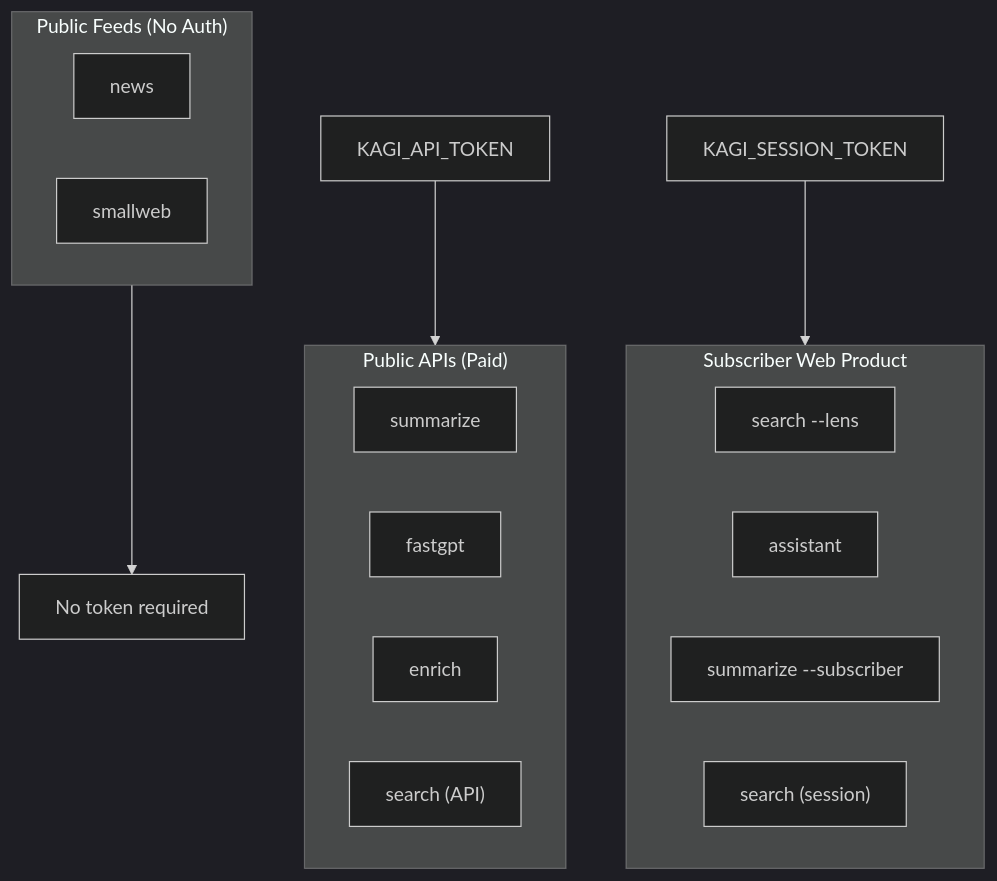
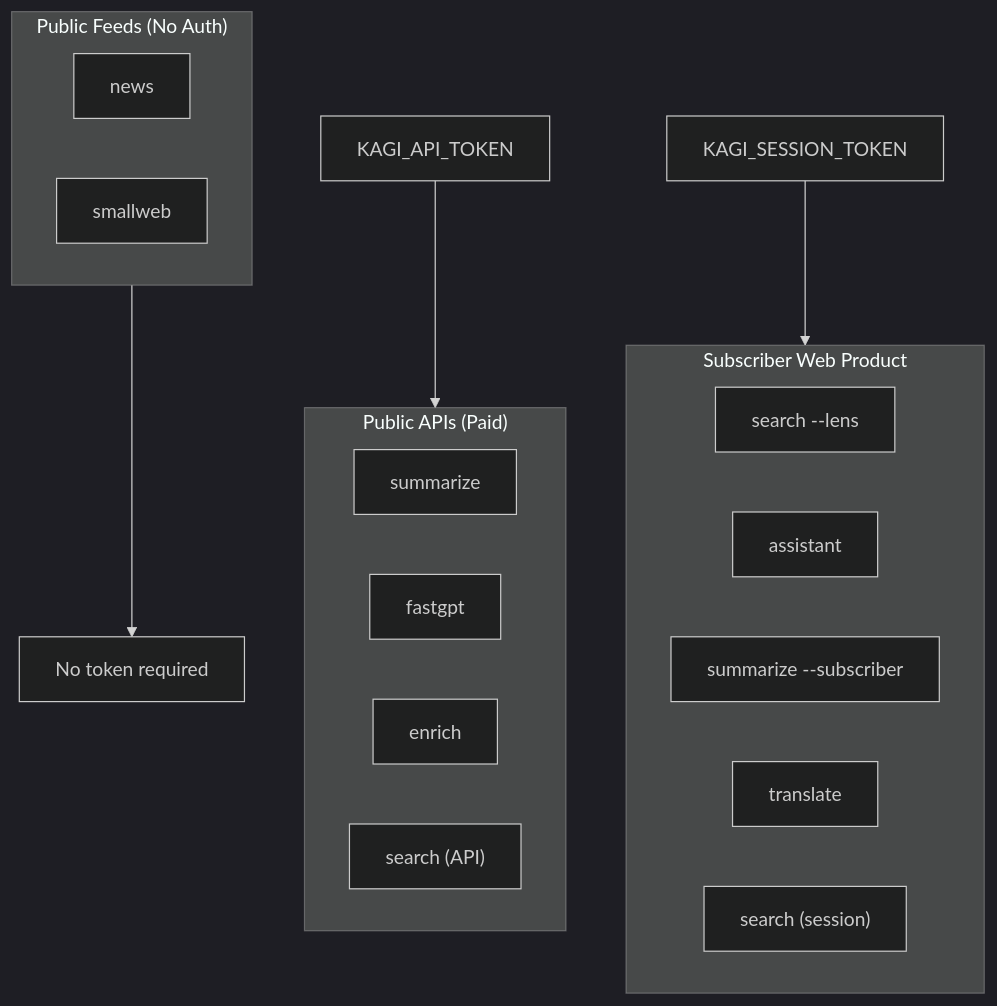
The diagram in docs/index.mdx (Microck/kagi-cli), drawn with Mermaid (dark theme) before and after one commit. The commit also changed other lines of this file and 15 other files, not shown here.

````diff
--- a/docs/index.mdx
+++ b/docs/index.mdx
@@ -96,25 +99,26 @@
 ```mermaid
 flowchart TB
     subgraph PublicAPIs["Public APIs (Paid)"]
         api1["summarize"]
         api2["fastgpt"]
         api3["enrich"]
         api4["search (API)"]
     end
     
     subgraph SubscriberWeb["Subscriber Web Product"]
         web1["search --lens"]
         web2["assistant"]
         web3["summarize --subscriber"]
-        web4["search (session)"]
+        web4["translate"]
+        web5["search (session)"]
     end
     
     subgraph PublicFeeds["Public Feeds (No Auth)"]
         feed1["news"]
         feed2["smallweb"]
     end
     
     KAGI_API_TOKEN --> PublicAPIs
     KAGI_SESSION_TOKEN --> SubscriberWeb
     PublicFeeds --> NoAuth["No token required"]
 ```
````
